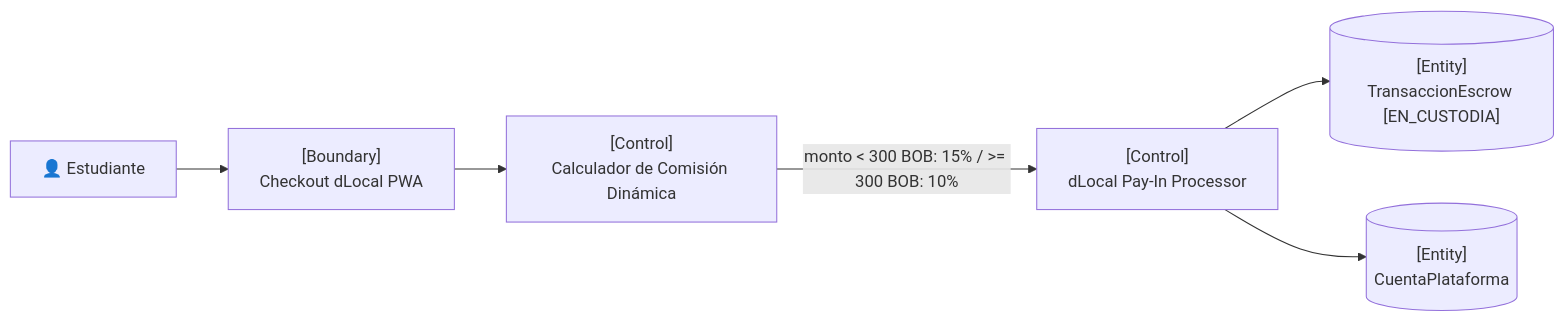
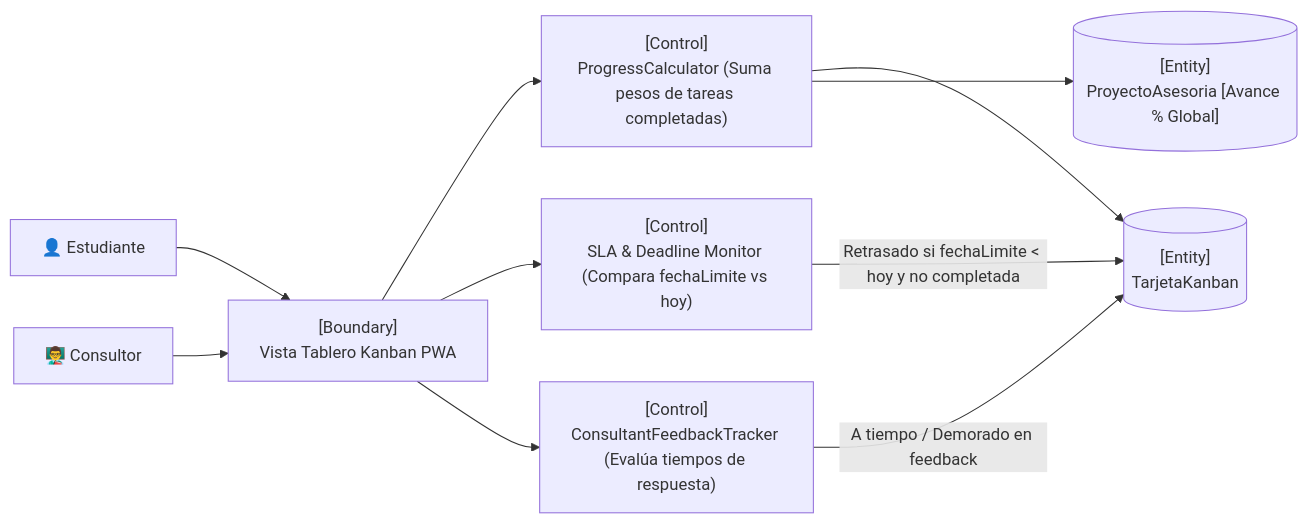
The sixth of 7 diagrams in docs/03_architecture_and_design.md (pcloayza3/plataforma01), drawn with Mermaid before and after one commit. The commit also changed other lines of this file and 1 other file, not shown here.

Commit message:
docs(design): incorporar perfiles estructurados con fotos/logos sin links externos, calificaciones 1-5 estrellas y semaforo de avance/retraso

````diff
--- a/docs/03_architecture_and_design.md
+++ b/docs/03_architecture_and_design.md
@@ -234,15 +241,21 @@
 ```mermaid
 graph LR
-    Actor["👤 Estudiante"]
-    B1["[Boundary]<br/>Checkout dLocal PWA"]
-    C1["[Control]<br/>Calculador de Comisión Dinámica"]
-    C2["[Control]<br/>dLocal Pay-In Processor"]
-    E1[("[Entity]<br/>TransaccionEscrow [EN_CUSTODIA]")]
-    E2[("[Entity]<br/>CuentaPlataforma")]
+    ActorE["👤 Estudiante"]
+    ActorC["👨‍🏫 Consultor"]
+    B1["[Boundary]<br/>Vista Tablero Kanban PWA"]
+    C1["[Control]<br/>ProgressCalculator (Suma pesos de tareas completadas)"]
+    C2["[Control]<br/>SLA & Deadline Monitor (Compara fechaLimite vs hoy)"]
+    C3["[Control]<br/>ConsultantFeedbackTracker (Evalúa tiempos de respuesta)"]
+    E1[("[Entity]<br/>TarjetaKanban")]
+    E2[("[Entity]<br/>ProyectoAsesoria [Avance % Global]")]
 
-    Actor --> B1
+    ActorE --> B1
+    ActorC --> B1
     B1 --> C1
-    C1 -->|monto < 300 BOB: 15% / >= 300 BOB: 10%| C2
-    C2 --> E1
-    C2 --> E2
+    B1 --> C2
+    B1 --> C3
+    C1 --> E1
+    C1 --> E2
+    C2 -->|Retrasado si fechaLimite < hoy y no completada| E1
+    C3 -->|A tiempo / Demorado en feedback| E1
 ```
````
